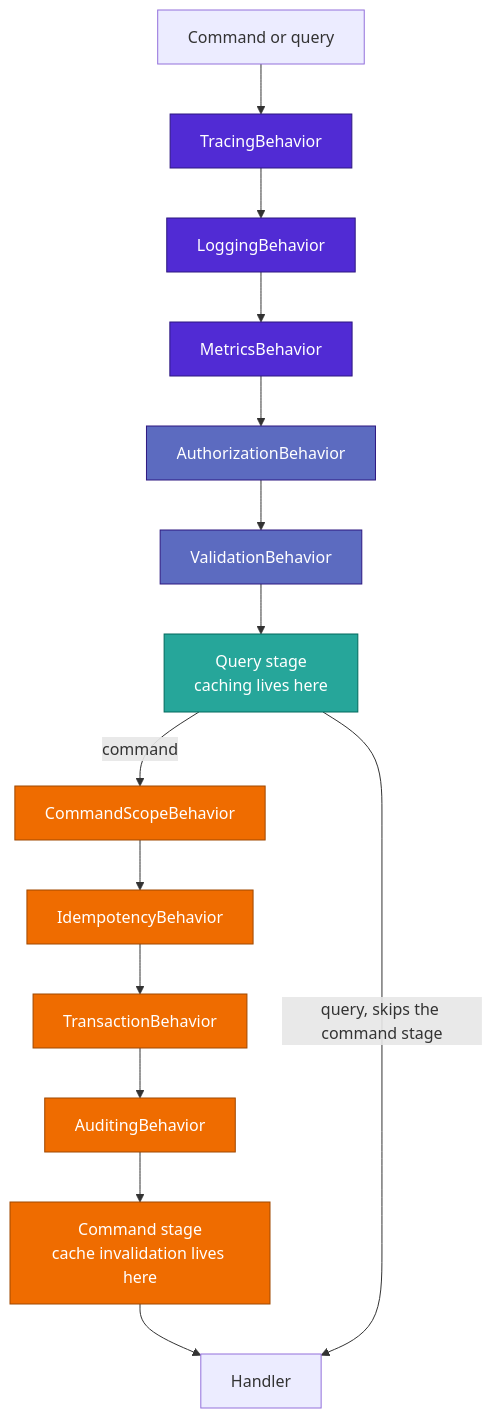
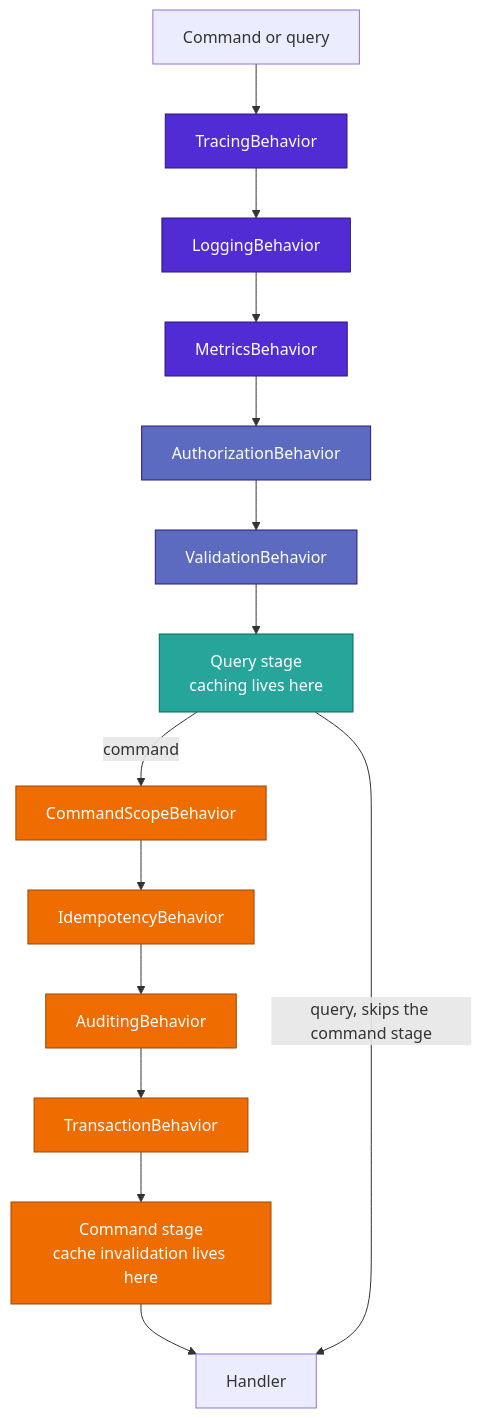
One commit to Gresta-Vertex-Labs/platform-shared-kernel changed the second of 3 diagrams in 05.Application/README.md. Above: the diagram before and after it, drawn with Mermaid. The commit also changed other lines of this file and 27 other files, not shown here.

````diff
--- a/05.Application/README.md
+++ b/05.Application/README.md
@@ -195,32 +195,32 @@
 ```mermaid
 flowchart TB
     Req["Command or query"]
     Tracing["TracingBehavior"]
     Logging["LoggingBehavior"]
     Metrics["MetricsBehavior"]
     Authz["AuthorizationBehavior"]
     Valid["ValidationBehavior"]
     QueryStage["Query stage<br/>caching lives here"]
     Scope["CommandScopeBehavior"]
     Idem["IdempotencyBehavior"]
     Txn["TransactionBehavior"]
     Audit["AuditingBehavior"]
     CmdStage["Command stage<br/>cache invalidation lives here"]
     Handler["Handler"]
 
     Req --> Tracing --> Logging --> Metrics --> Authz --> Valid --> QueryStage
-    QueryStage -->|command| Scope --> Idem --> Txn --> Audit --> CmdStage --> Handler
+    QueryStage -->|command| Scope --> Idem --> Audit --> Txn --> CmdStage --> Handler
     QueryStage -->|query, skips the command stage| Handler
 
     style Tracing fill:#512BD4,color:#fff,stroke:#2d1780
     style Logging fill:#512BD4,color:#fff,stroke:#2d1780
     style Metrics fill:#512BD4,color:#fff,stroke:#2d1780
     style Authz fill:#5c6bc0,color:#fff,stroke:#2d1780
     style Valid fill:#5c6bc0,color:#fff,stroke:#2d1780
     style QueryStage fill:#26a69a,color:#fff,stroke:#00695c
     style Scope fill:#ef6c00,color:#fff,stroke:#a04800
     style Idem fill:#ef6c00,color:#fff,stroke:#a04800
     style Txn fill:#ef6c00,color:#fff,stroke:#a04800
     style Audit fill:#ef6c00,color:#fff,stroke:#a04800
     style CmdStage fill:#ef6c00,color:#fff,stroke:#a04800
 ```
````
